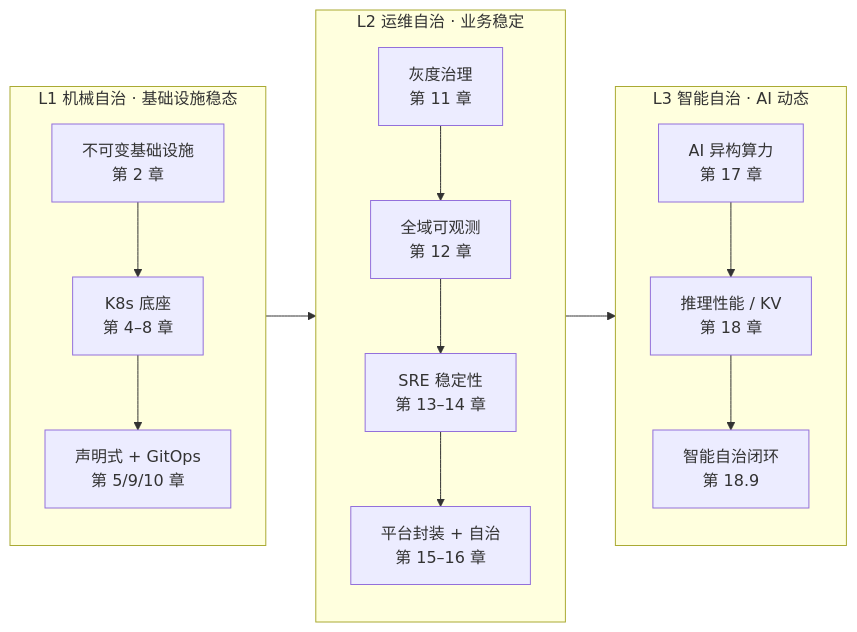
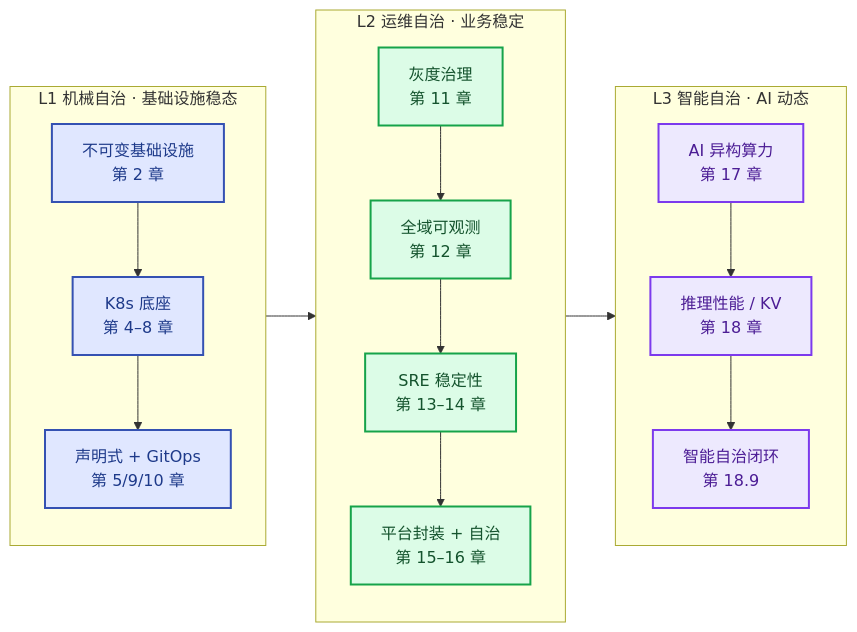
The diagram in docs/README.md (jackiesre721/ai-native-ops), drawn with Mermaid before and after one commit. The commit also changed 4 other files, not shown here.

First line of the commit message:
style: 自定义主题CSS + mermaid配色 + L1/L2/L3语义色

````diff
--- a/docs/README.md
+++ b/docs/README.md
@@ -65,15 +65,21 @@
 ```mermaid
 flowchart LR
     subgraph L1["L1 机械自治 · 基础设施稳态"]
       direction TB
       A1["不可变基础设施<br/>第 2 章"] --> A2["K8s 底座<br/>第 4–8 章"] --> A3["声明式 + GitOps<br/>第 5/9/10 章"]
     end
     subgraph L2["L2 运维自治 · 业务稳定"]
       direction TB
       A3 --> B1["灰度治理<br/>第 11 章"] --> B2["全域可观测<br/>第 12 章"] --> B3["SRE 稳定性<br/>第 13–14 章"] --> B4["平台封装 + 自治<br/>第 15–16 章"]
     end
     subgraph L3["L3 智能自治 · AI 动态"]
       direction TB
       B4 --> C1["AI 异构算力<br/>第 17 章"] --> C2["推理性能 / KV<br/>第 18 章"] --> C3["智能自治闭环<br/>第 18.9"]
     end
+    classDef l1 fill:#e0e7ff,stroke:#3451b2,color:#1e3a8a,stroke-width:2px
+    classDef l2 fill:#dcfce7,stroke:#16a34a,color:#14532d,stroke-width:2px
+    classDef l3 fill:#ede9fe,stroke:#7c3aed,color:#4c1d95,stroke-width:2px
+    class A1,A2,A3 l1
+    class B1,B2,B3,B4 l2
+    class C1,C2,C3 l3
 ```
````
